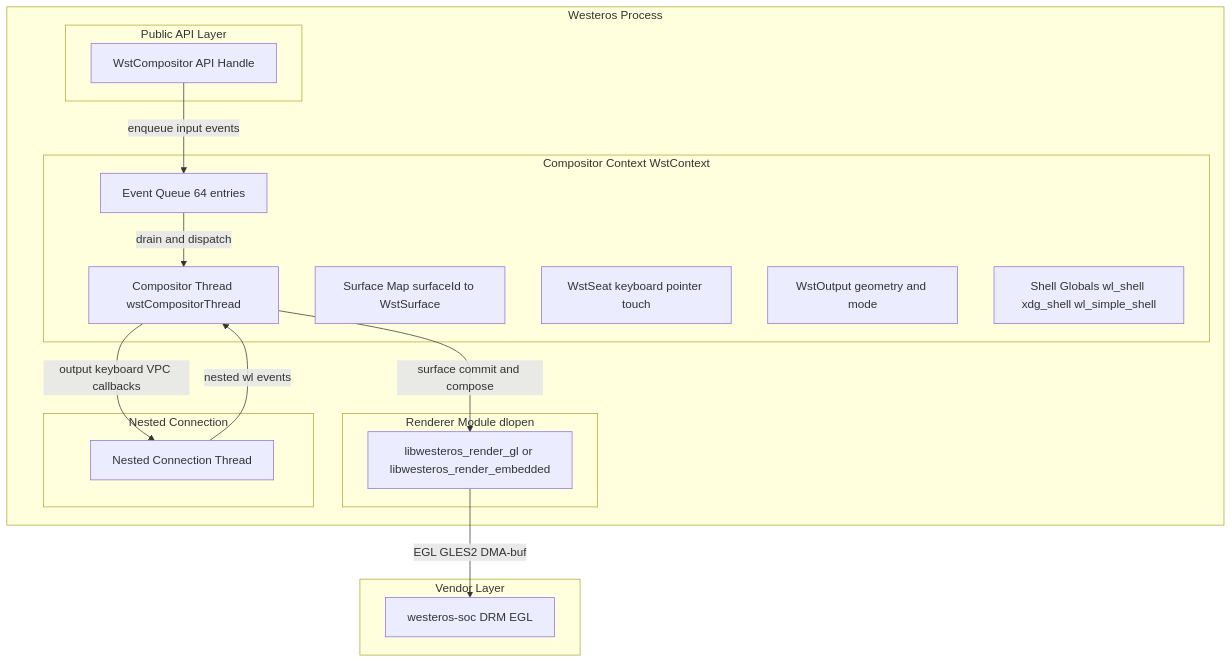
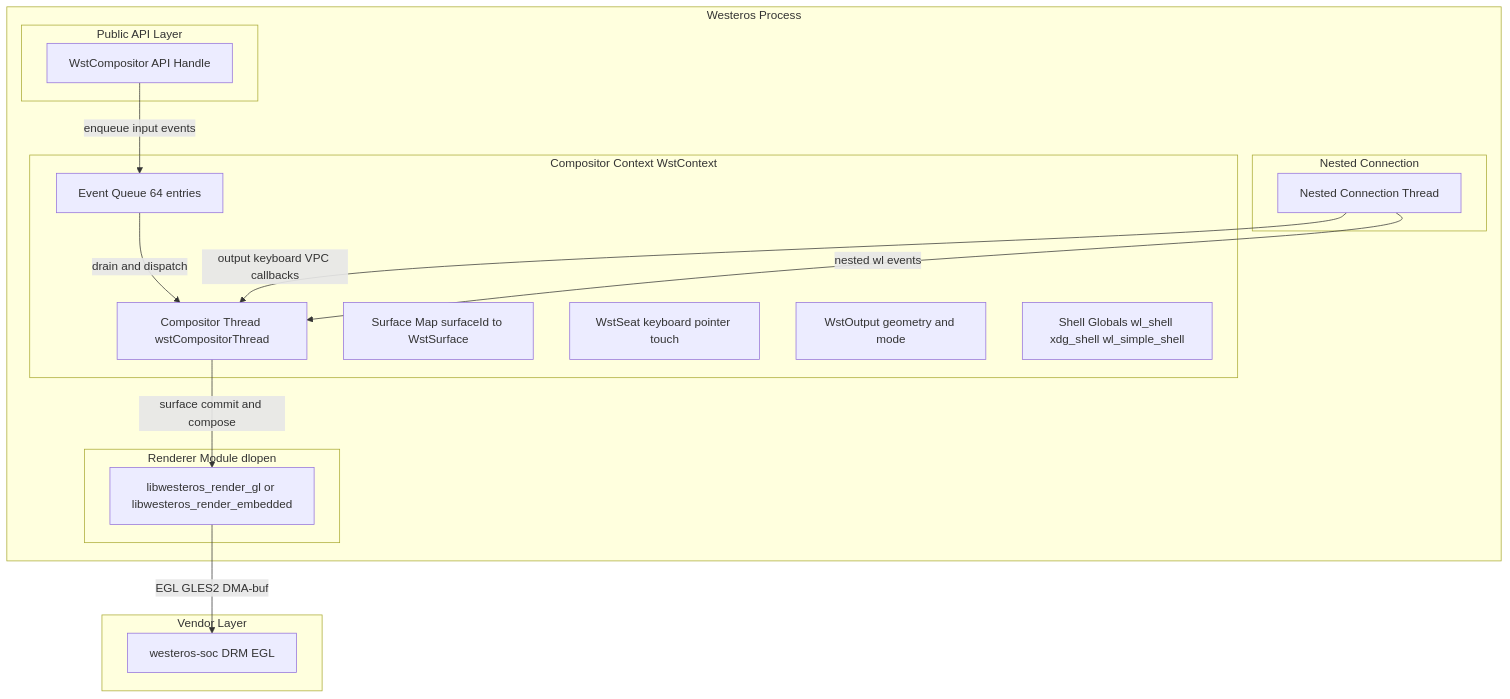
One commit to gourivarma3/westeros changed the second of 7 diagrams in docs/README.md. Above: the diagram before and after it, drawn with Mermaid. The commit also changed other lines of this file, not shown here.

Commit message:
Addressed copilot review comments

````diff
--- a/docs/README.md
+++ b/docs/README.md
@@ -65,36 +65,36 @@
 ```mermaid
 graph TD
     subgraph WesterosProcess["Westeros Process"]
         subgraph PublicAPI["Public API Layer"]
             WstComp["WstCompositor API Handle"]
         end
 
         subgraph CoreContext["Compositor Context WstContext"]
             CompThread["Compositor Thread wstCompositorThread"]
             EventQ["Event Queue 64 entries"]
             SurfaceMap["Surface Map surfaceId to WstSurface"]
             Seat["WstSeat keyboard pointer touch"]
             Output["WstOutput geometry and mode"]
             ShellGlobals["Shell Globals wl_shell xdg_shell wl_simple_shell"]
         end
 
         subgraph RendMod["Renderer Module dlopen"]
             RendGL["libwesteros_render_gl or libwesteros_render_embedded"]
         end
 
         subgraph NConn["Nested Connection"]
             NCThread["Nested Connection Thread"]
         end
     end
 
     subgraph VendorLayer["Vendor Layer"]
         SOC["westeros-soc DRM EGL"]
     end
 
     WstComp -->|enqueue input events| EventQ
     EventQ -->|drain and dispatch| CompThread
     CompThread -->|surface commit and compose| RendGL
-    CompThread -->|output keyboard VPC callbacks| NCThread
+    NCThread -->|output keyboard VPC callbacks| CompThread
     RendGL -->|EGL GLES2 DMA-buf| SOC
     NCThread -->|nested wl events| CompThread
 ```
````
